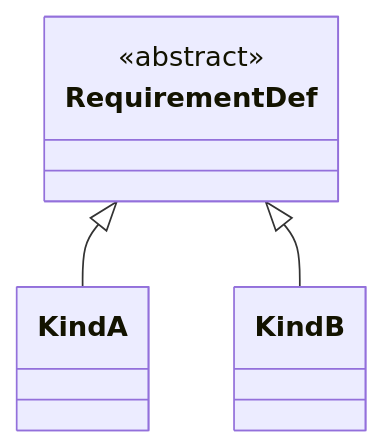
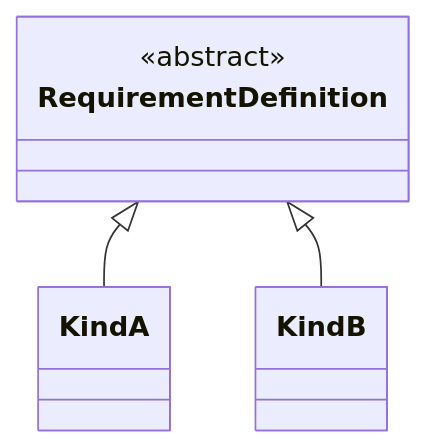
Before and after one commit to szantob/ProjectML: the second of 3 diagrams in spec/02-requirement-analysis-model.md, drawn with Mermaid.

Commit message:
Rename RequirementDef to RequirementDefinition in spec/02's classDiagram, matching the prose

````diff
--- a/spec/02-requirement-analysis-model.md
+++ b/spec/02-requirement-analysis-model.md
@@ -422,8 +422,8 @@
 ```mermaid
 classDiagram
-    class RequirementDef {
+    class RequirementDefinition {
         <<abstract>>
     }
-    RequirementDef <|-- KindA
-    RequirementDef <|-- KindB
+    RequirementDefinition <|-- KindA
+    RequirementDefinition <|-- KindB
 ```
````
